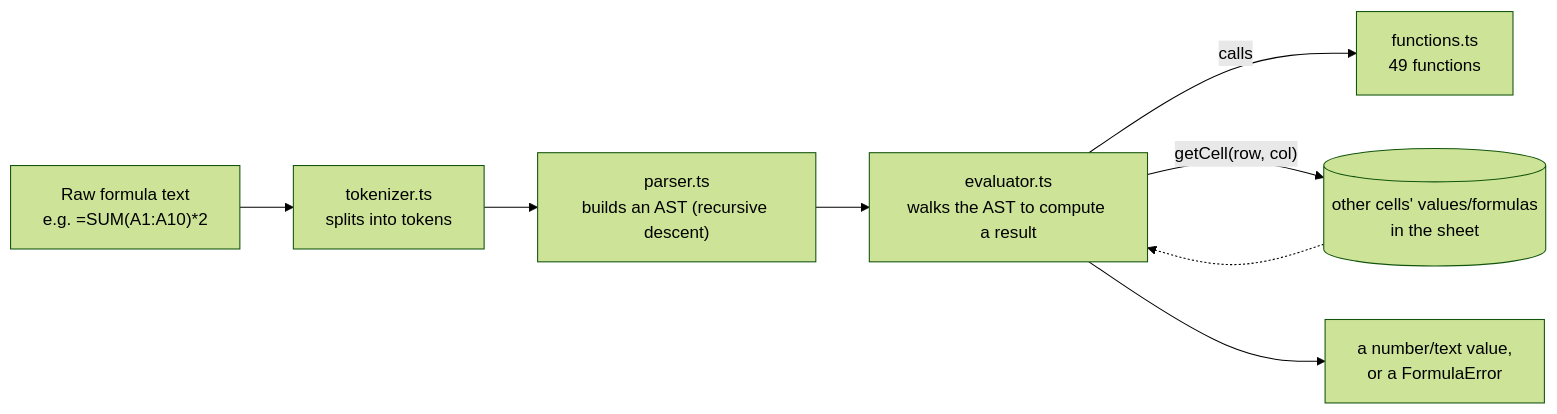
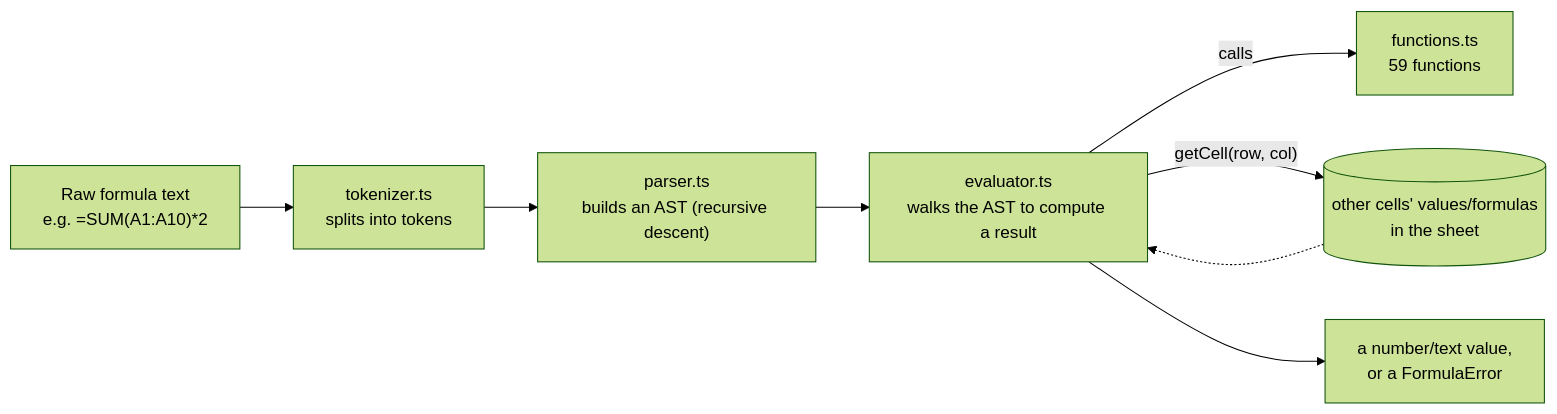
One commit to SuruchBoss/ExcelToGo changed the third of 4 diagrams in README.en.md. Above: the diagram before and after it, drawn with Mermaid (forest theme). The commit also changed other lines of this file and 9 other files, not shown here.

````diff
--- a/README.en.md
+++ b/README.en.md
@@ -1346,10 +1370,10 @@
 ```mermaid
 flowchart LR
     Raw["Raw formula text<br/>e.g. =SUM(A1:A10)*2"] --> Tok["tokenizer.ts<br/>splits into tokens"]
     Tok --> Par["parser.ts<br/>builds an AST (recursive descent)"]
     Par --> Eval["evaluator.ts<br/>walks the AST to compute a result"]
-    Eval -->|"calls"| Fn["functions.ts<br/>49 functions"]
+    Eval -->|"calls"| Fn["functions.ts<br/>59 functions"]
     Eval -->|"getCell(row, col)"| Sheet[("other cells' values/formulas<br/>in the sheet")]
     Sheet -.-> Eval
     Eval --> Result["a number/text value,<br/>or a FormulaError"]
 ```
````
